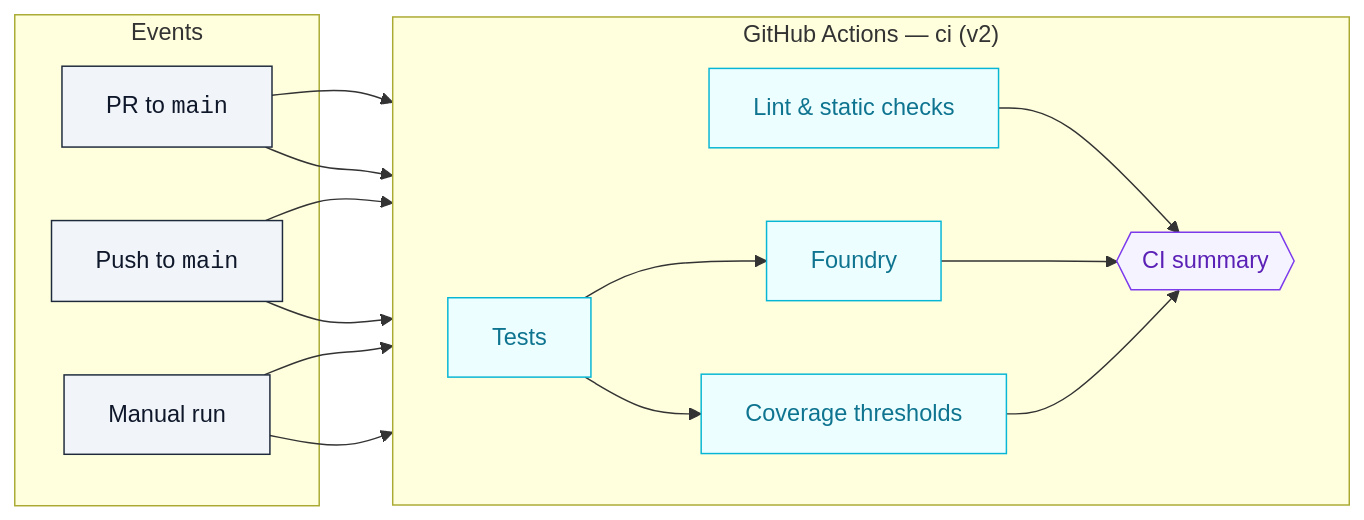
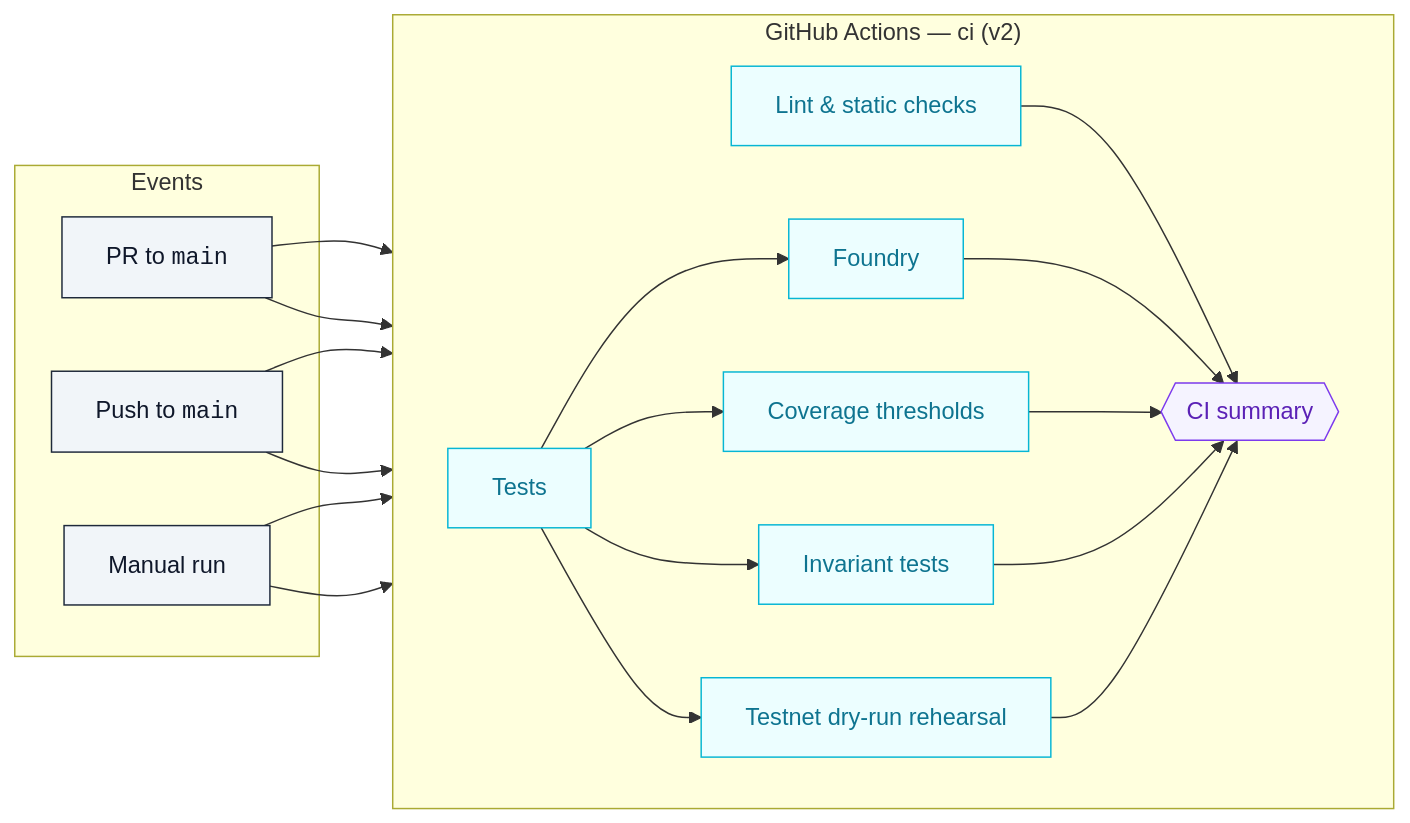
One commit to MontrealAI/AGIJobsv0 changed the diagram in docs/v2-ci-operations.md. Above: the diagram before and after it, drawn with Mermaid. The commit also changed other lines of this file and 3 other files, not shown here.

Commit message:
ci: enforce owner dry run in pipeline

````diff
--- a/docs/v2-ci-operations.md
+++ b/docs/v2-ci-operations.md
@@ -5,22 +5,24 @@
 ```mermaid
 flowchart LR
     classDef trigger fill:#f1f5f9,stroke:#1e293b,stroke-width:1px,color:#0f172a;
     classDef job fill:#ecfeff,stroke:#06b6d4,stroke-width:1px,color:#0e7490;
     classDef gate fill:#f5f3ff,stroke:#7c3aed,stroke-width:1px,color:#5b21b6;
 
     subgraph Events
         PR[PR to <code>main</code>]:::trigger
         Main[Push to <code>main</code>]:::trigger
         Manual[Manual run]:::trigger
     end
 
     subgraph "GitHub Actions — ci (v2)"
         direction LR
         Lint[Lint & static checks]:::job --> Summary{{CI summary}}:::gate
         Tests[Tests]:::job --> Foundry[Foundry]:::job --> Summary
         Tests --> Coverage[Coverage thresholds]:::job --> Summary
+        Tests --> Invariants[Invariant tests]:::job --> Summary
+        Tests --> DryRun[Testnet dry-run rehearsal]:::job --> Summary
     end
 
     PR & Main & Manual --> Lint
     PR & Main & Manual --> Tests
 ```
````
